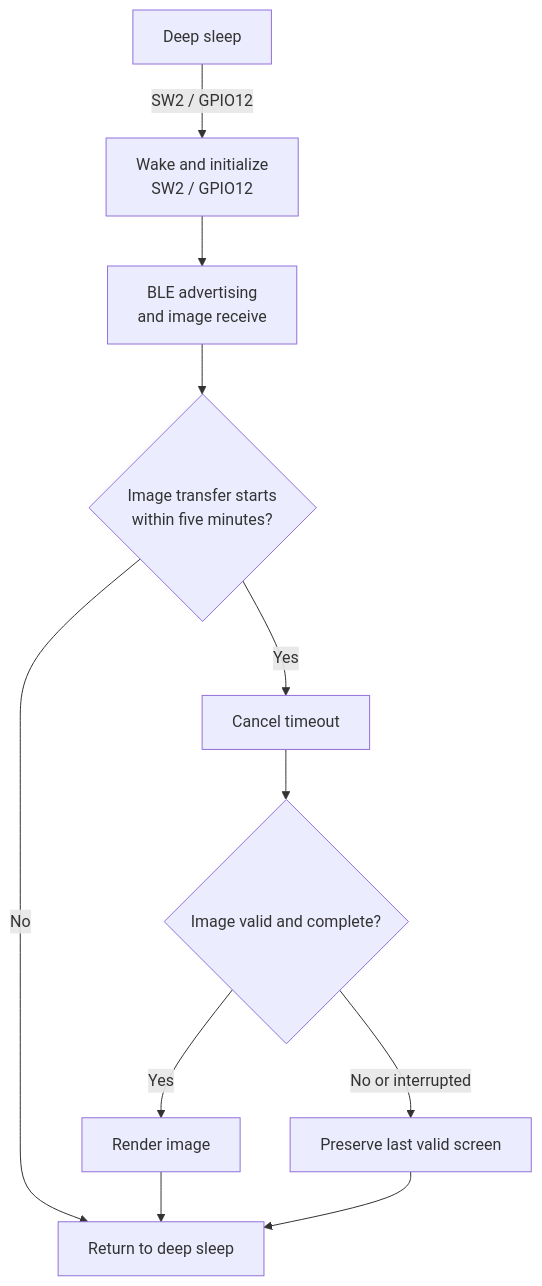
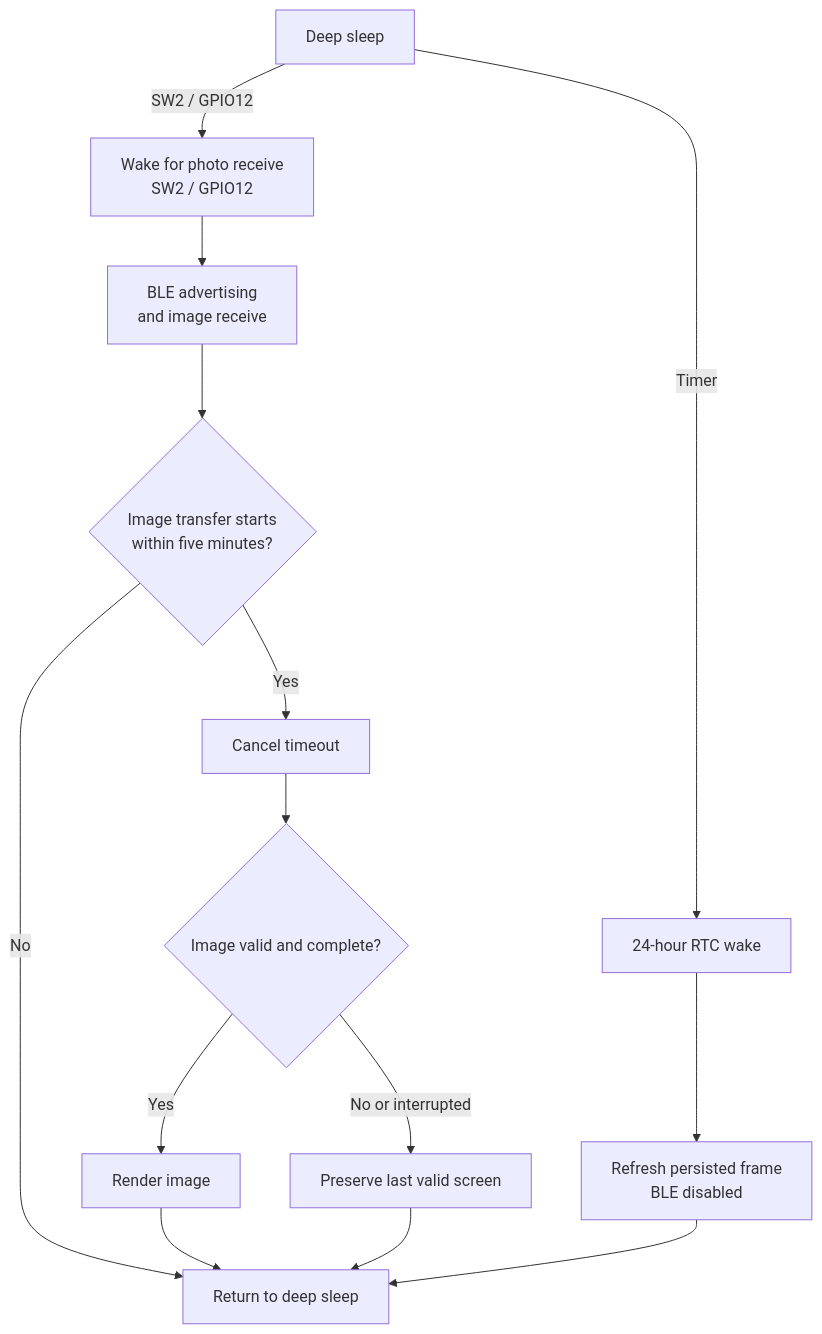
The second of 2 diagrams in docs/PLAN.md (Maokx1/hof_frame), drawn with Mermaid before and after one commit. The commit also changed other lines of this file and 1 other file, not shown here.

````diff
--- a/docs/PLAN.md
+++ b/docs/PLAN.md
@@ -75,18 +104,21 @@
 ```mermaid
 flowchart TD
     A["Deep sleep"]
-    B["Wake and initialize<br/>SW2 / GPIO12"]
+    B["Wake for photo receive<br/>SW2 / GPIO12"]
     C["BLE advertising<br/>and image receive"]
     D{"Image transfer starts<br/>within five minutes?"}
     E["Return to deep sleep"]
     F["Cancel timeout"]
     G{"Image valid and complete?"}
     H["Render image"]
     I["Preserve last valid screen"]
+    J["24-hour RTC wake"]
+    K["Refresh persisted frame<br/>BLE disabled"]
 
     A -->|SW2 / GPIO12| B --> C --> D
     D -->|No| E
     D -->|Yes| F --> G
     G -->|Yes| H --> E
     G -->|No or interrupted| I --> E
+    A -->|Timer| J --> K --> E
 ```
````
